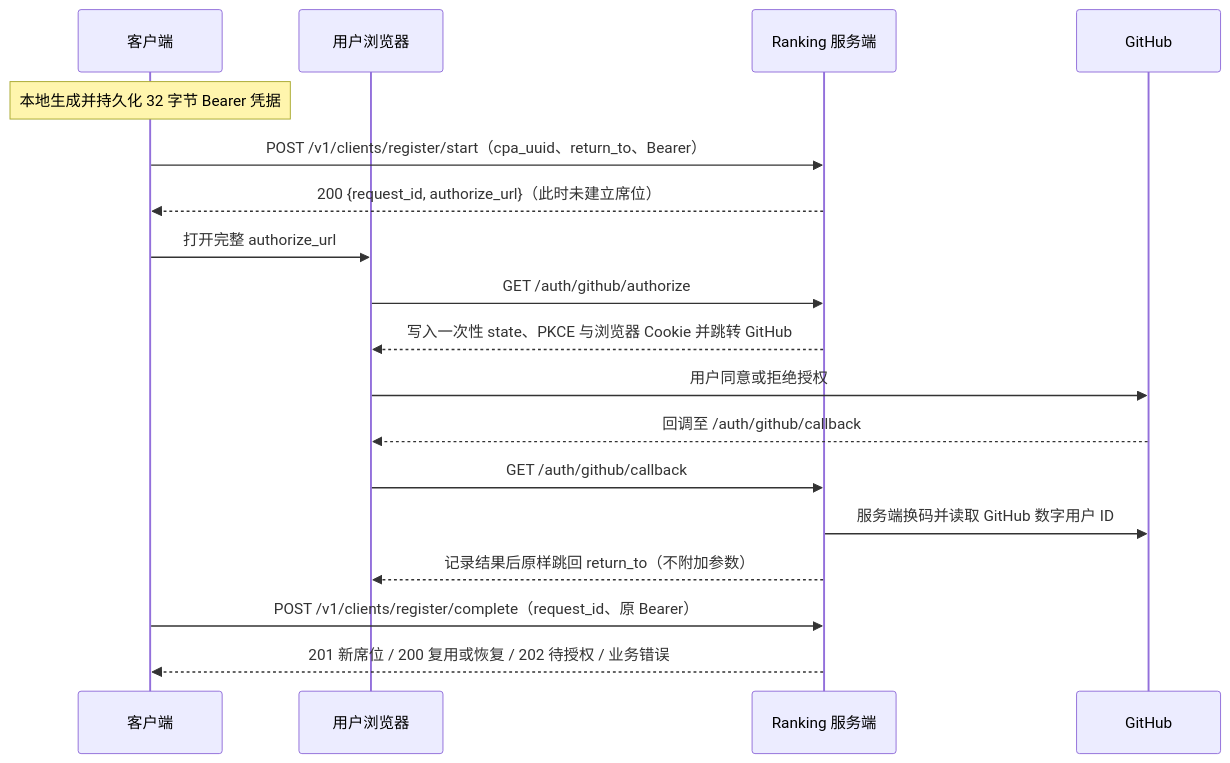
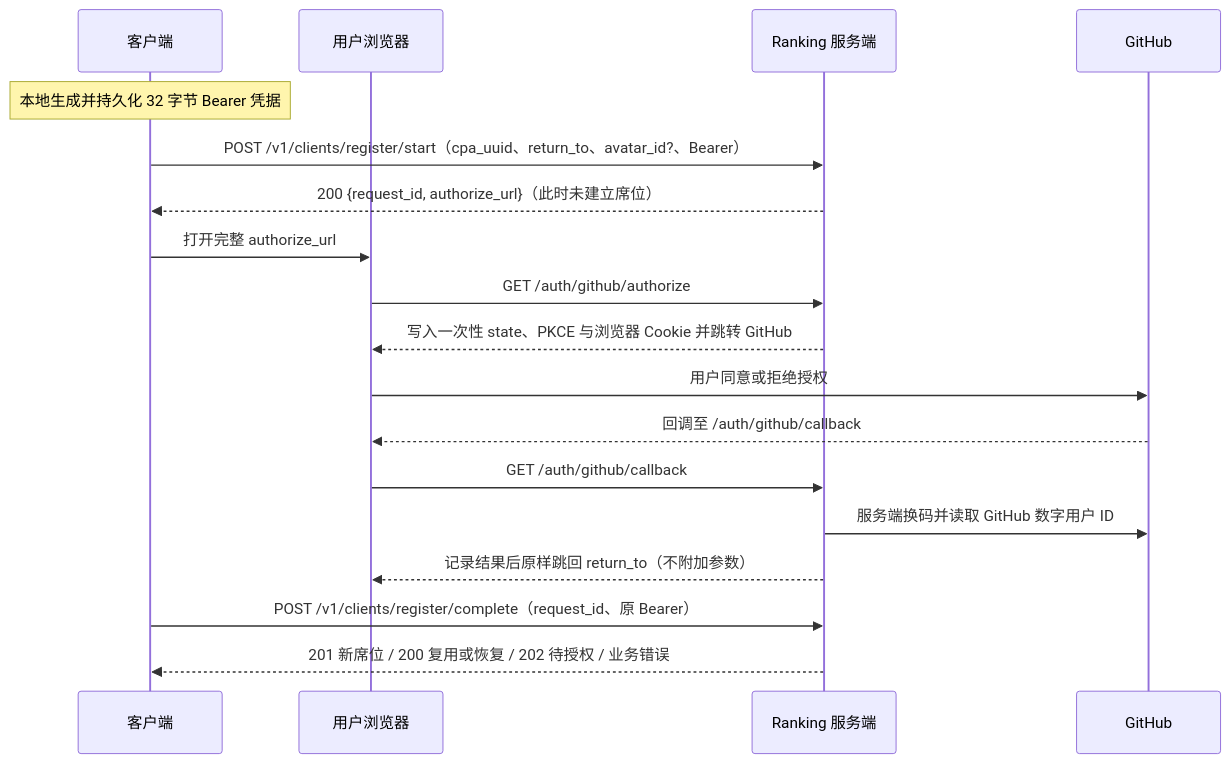
The first of 2 diagrams in docs/integration.zh.md (router-for-me/cpa-usage-ranking), drawn with Mermaid before and after one commit. The commit also changed other lines of this file and 7 other files, not shown here.

Commit message:
docs: document optional avatar_id on registration start

````diff
--- a/docs/integration.zh.md
+++ b/docs/integration.zh.md
@@ -45,20 +45,20 @@
 ```mermaid
 sequenceDiagram
     participant C as 客户端
     participant B as 用户浏览器
     participant R as Ranking 服务端
     participant G as GitHub
     Note over C: 本地生成并持久化 32 字节 Bearer 凭据
-    C->>R: POST /v1/clients/register/start（cpa_uuid、return_to、Bearer）
+    C->>R: POST /v1/clients/register/start（cpa_uuid、return_to、avatar_id?、Bearer）
     R-->>C: 200 {request_id, authorize_url}（此时未建立席位）
     C->>B: 打开完整 authorize_url
     B->>R: GET /auth/github/authorize
     R-->>B: 写入一次性 state、PKCE 与浏览器 Cookie 并跳转 GitHub
     B->>G: 用户同意或拒绝授权
     G-->>B: 回调至 /auth/github/callback
     B->>R: GET /auth/github/callback
     R->>G: 服务端换码并读取 GitHub 数字用户 ID
     R-->>B: 记录结果后原样跳回 return_to（不附加参数）
     C->>R: POST /v1/clients/register/complete（request_id、原 Bearer）
     R-->>C: 201 新席位 / 200 复用或恢复 / 202 待授权 / 业务错误
 ```
````
